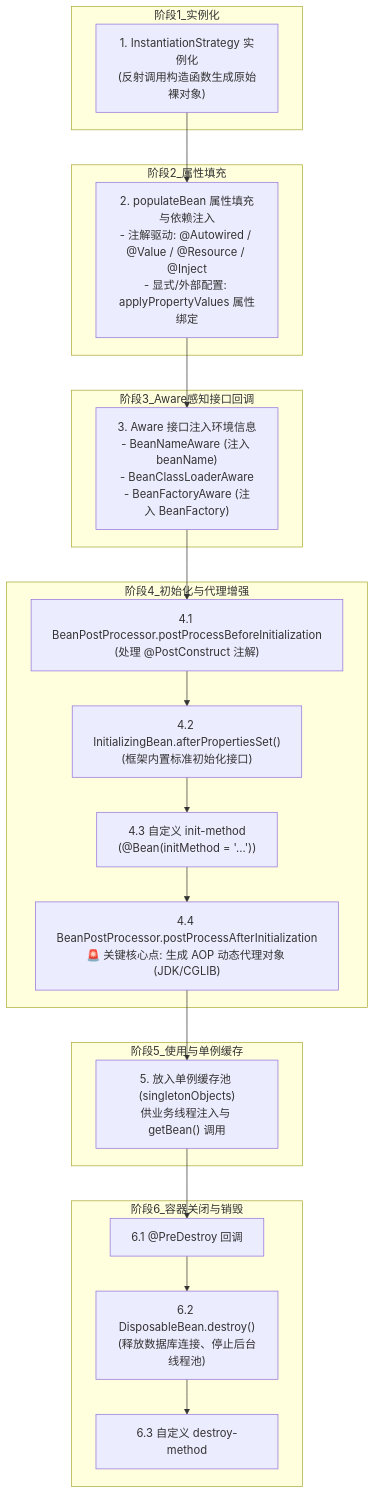
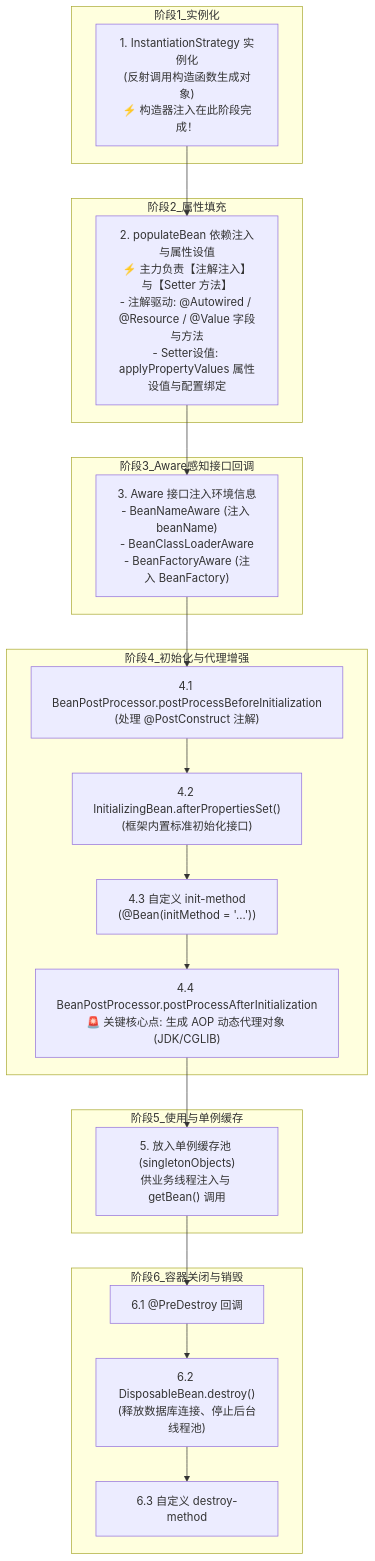
One commit to GuoWWWX/knowledge-base changed the third of 3 diagrams in 20-Java后端/04-Spring生态/01-IoC容器与Bean生命周期.md. Above: the diagram before and after it, drawn with Mermaid. The commit also changed other lines of this file, not shown here.

````diff
--- a/20-Java后端/04-Spring生态/01-IoC容器与Bean生命周期.md
+++ b/20-Java后端/04-Spring生态/01-IoC容器与Bean生命周期.md
@@ -101,36 +107,36 @@
 ```mermaid
 flowchart TD
     subgraph 阶段1_实例化
-        S1["1. InstantiationStrategy 实例化<br/>(反射调用构造函数生成原始裸对象)"]
+        S1["1. InstantiationStrategy 实例化<br/>(反射调用构造函数生成对象)<br/>⚡ 构造器注入在此阶段完成！"]
     end
 
     subgraph 阶段2_属性填充
-        S2["2. populateBean 属性填充与依赖注入<br/>- 注解驱动: @Autowired / @Value / @Resource / @Inject<br/>- 显式/外部配置: applyPropertyValues 属性绑定"]
+        S2["2. populateBean 依赖注入与属性设值<br/>⚡ 主力负责【注解注入】与【Setter 方法】<br/>- 注解驱动: @Autowired / @Resource / @Value 字段与方法<br/>- Setter设值: applyPropertyValues 属性设值与配置绑定"]
     end
 
     subgraph 阶段3_Aware感知接口回调
         S3["3. Aware 接口注入环境信息<br/>- BeanNameAware (注入 beanName)<br/>- BeanClassLoaderAware<br/>- BeanFactoryAware (注入 BeanFactory)"]
     end
 
     subgraph 阶段4_初始化与代理增强
         S4_1["4.1 BeanPostProcessor.postProcessBeforeInitialization<br/>(处理 @PostConstruct 注解)"]
         S4_2["4.2 InitializingBean.afterPropertiesSet()<br/>(框架内置标准初始化接口)"]
         S4_3["4.3 自定义 init-method<br/>(@Bean(initMethod = '...'))"]
         S4_4["4.4 BeanPostProcessor.postProcessAfterInitialization<br/>🚨 关键核心点: 生成 AOP 动态代理对象 (JDK/CGLIB)"]
         S4_1 --> S4_2 --> S4_3 --> S4_4
     end
 
     subgraph 阶段5_使用与单例缓存
         S5["5. 放入单例缓存池 (singletonObjects)<br/>供业务线程注入与 getBean() 调用"]
     end
 
     subgraph 阶段6_容器关闭与销毁
         S6_1["6.1 @PreDestroy 回调"]
         S6_2["6.2 DisposableBean.destroy()<br/>(释放数据库连接、停止后台线程池)"]
         S6_3["6.3 自定义 destroy-method"]
         S6_1 --> S6_2 --> S6_3
     end
 
     S1 --> S2 --> S3 --> S4_1
     S4_4 --> S5 --> S6_1
 ```
````
